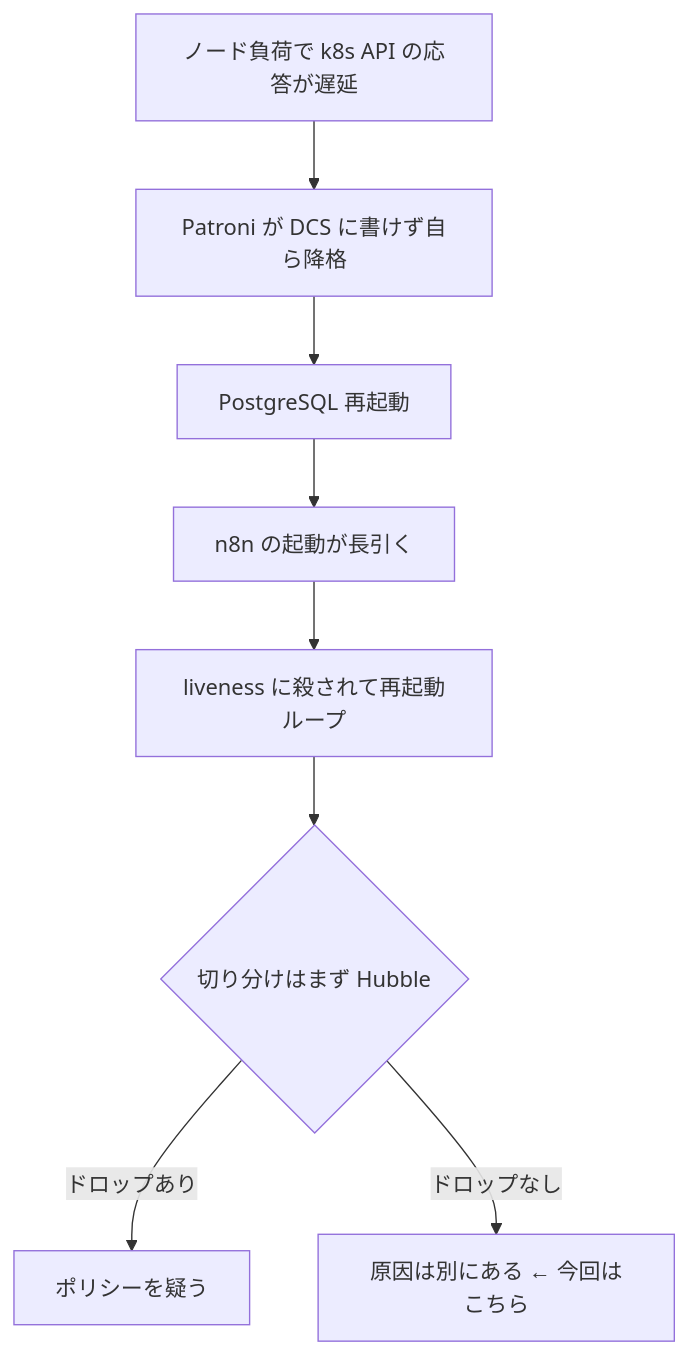
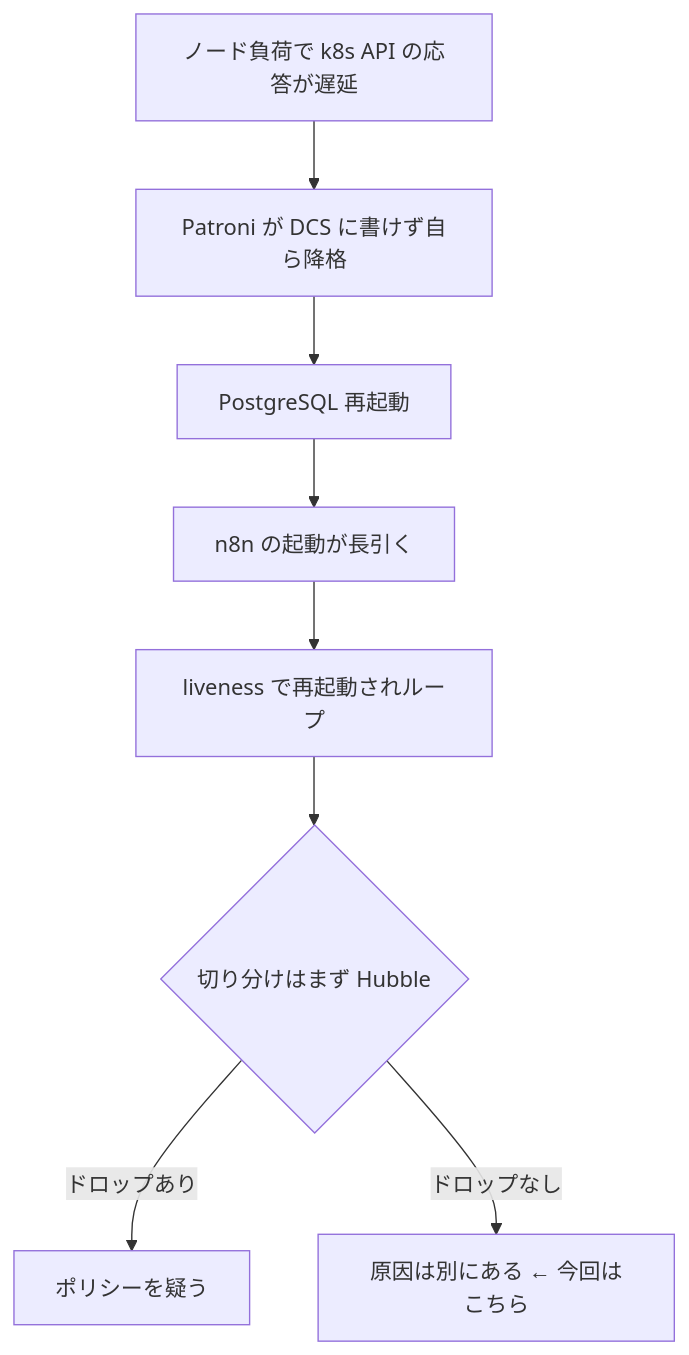
The third of 3 diagrams in articles/029-n8n-k8s-network-requirements-cilium.md (shinichitazawa/zenn-articles), drawn with Mermaid before and after one commit. The commit also changed other lines of this file and 17 other files, not shown here.

````diff
--- a/articles/029-n8n-k8s-network-requirements-cilium.md
+++ b/articles/029-n8n-k8s-network-requirements-cilium.md
@@ -166,10 +166,10 @@
 ```mermaid
 flowchart TB
   L[ノード負荷で k8s API の応答が遅延] --> P[Patroni が DCS に書けず自ら降格]
   P --> R[PostgreSQL 再起動]
   R --> N[n8n の起動が長引く]
-  N --> K[liveness に殺されて再起動ループ]
+  N --> K[liveness で再起動されループ]
   K --> S{切り分けはまず Hubble}
   S -->|ドロップあり| POL[ポリシーを疑う]
   S -->|ドロップなし| OTH[原因は別にある ← 今回はこちら]
 ```
````
